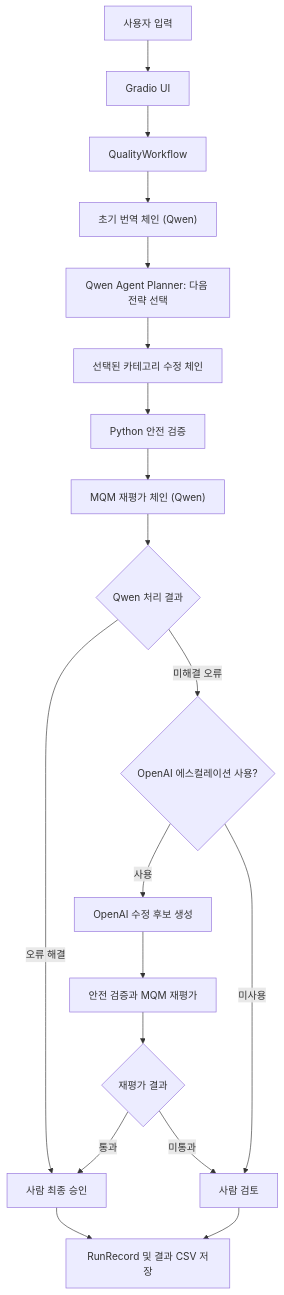
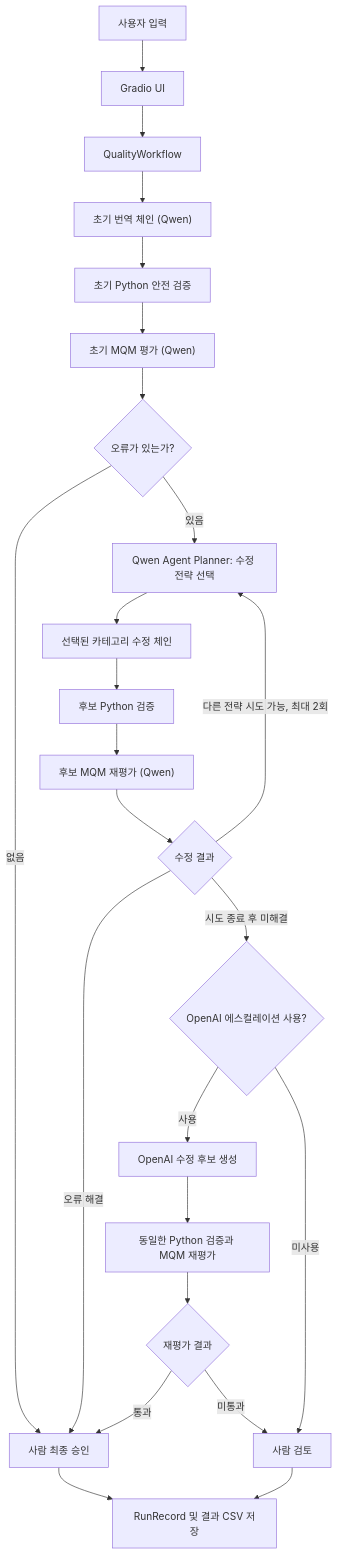
Before and after one commit to sihunwang-skala/l10n-quality-agent: the diagram in docs/agent_flow.mmd, drawn with Mermaid.

Commit message:
Clarify Qwen revision and escalation flow

```diff
--- a/docs/agent_flow.mmd
+++ b/docs/agent_flow.mmd
@@ -1,22 +1,30 @@
 %% L10n Quality Agent: GitHub-compatible execution flow
 flowchart TD
     INPUT["사용자 입력"] --> UI["Gradio UI"]
     UI --> WORKFLOW["QualityWorkflow"]
     WORKFLOW --> TRANSLATE["초기 번역 체인 (Qwen)"]
-    TRANSLATE --> PLANNER["Qwen Agent Planner: 다음 전략 선택"]
+    TRANSLATE --> SAFETY["초기 Python 안전 검증"]
+    SAFETY --> INITIAL_MQM["초기 MQM 평가 (Qwen)"]
+    INITIAL_MQM --> INITIAL_RESULT{"오류가 있는가?"}
+
+    INITIAL_RESULT -->|"없음"| APPROVAL["사람 최종 승인"]
+    INITIAL_RESULT -->|"있음"| PLANNER["Qwen Agent Planner: 수정 전략 선택"]
+
     PLANNER --> REVISION["선택된 카테고리 수정 체인"]
-    REVISION --> VALIDATION["Python 안전 검증"]
-    VALIDATION --> MQM["MQM 재평가 체인 (Qwen)"]
-    MQM --> RESULT{"Qwen 처리 결과"}
+    REVISION --> CANDIDATE_CHECK["후보 Python 검증"]
+    CANDIDATE_CHECK --> CANDIDATE_MQM["후보 MQM 재평가 (Qwen)"]
+    CANDIDATE_MQM --> AGENT_RESULT{"수정 결과"}
 
-    RESULT -->|"오류 해결"| APPROVAL["사람 최종 승인"]
-    RESULT -->|"미해결 오류"| ESCALATION{"OpenAI 에스컬레이션 사용?"}
+    AGENT_RESULT -->|"오류 해결"| APPROVAL
+    AGENT_RESULT -->|"다른 전략 시도 가능, 최대 2회"| PLANNER
+    AGENT_RESULT -->|"시도 종료 후 미해결"| ESCALATION{"OpenAI 에스컬레이션 사용?"}
+
     ESCALATION -->|"사용"| OPENAI["OpenAI 수정 후보 생성"]
-    OPENAI --> OPENAI_CHECK["안전 검증과 MQM 재평가"]
+    OPENAI --> OPENAI_CHECK["동일한 Python 검증과 MQM 재평가"]
     OPENAI_CHECK --> OPENAI_RESULT{"재평가 결과"}
     OPENAI_RESULT -->|"통과"| APPROVAL
     OPENAI_RESULT -->|"미통과"| REVIEW["사람 검토"]
     ESCALATION -->|"미사용"| REVIEW
 
     APPROVAL --> STORE["RunRecord 및 결과 CSV 저장"]
     REVIEW --> STORE
```
